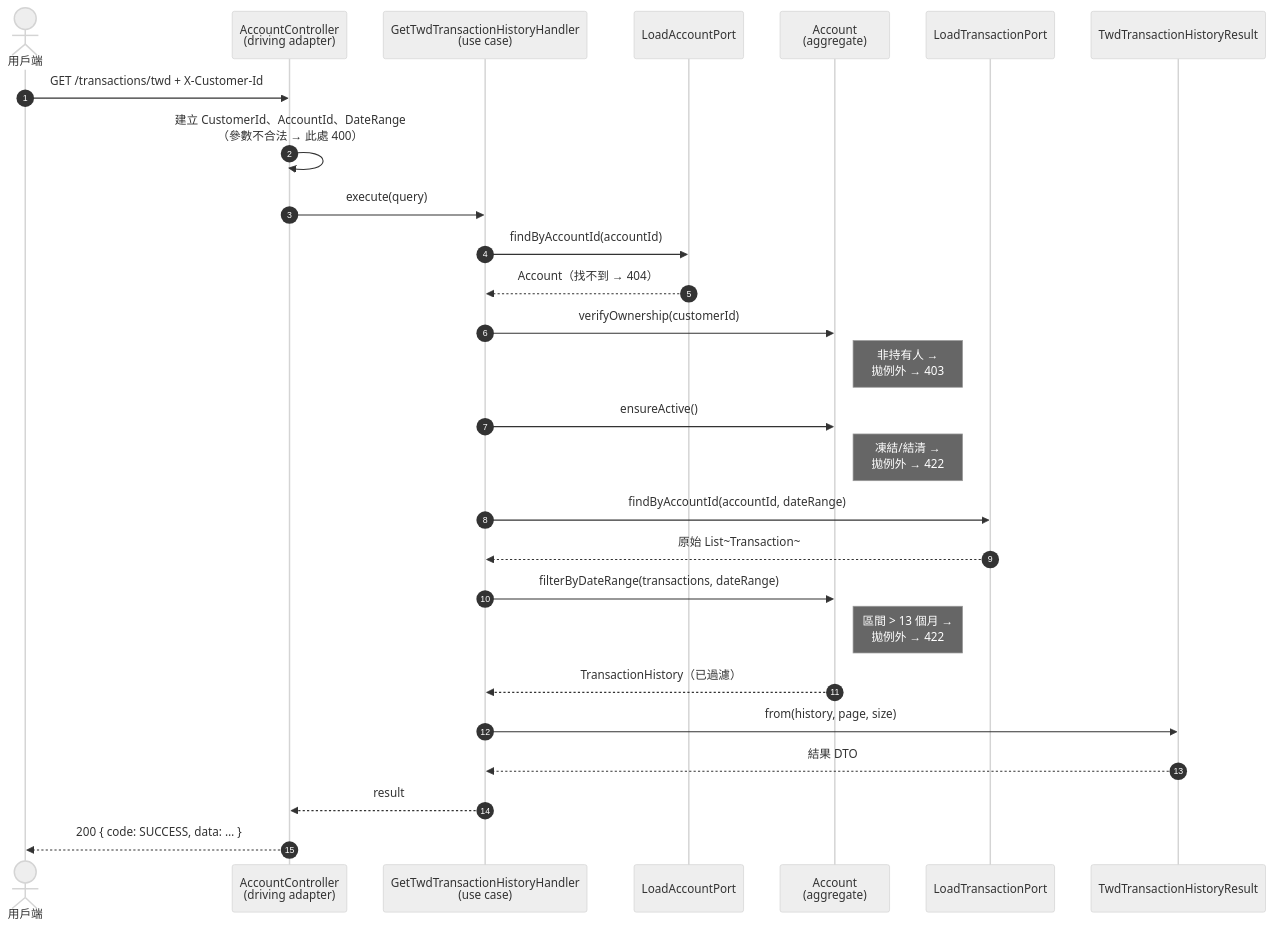
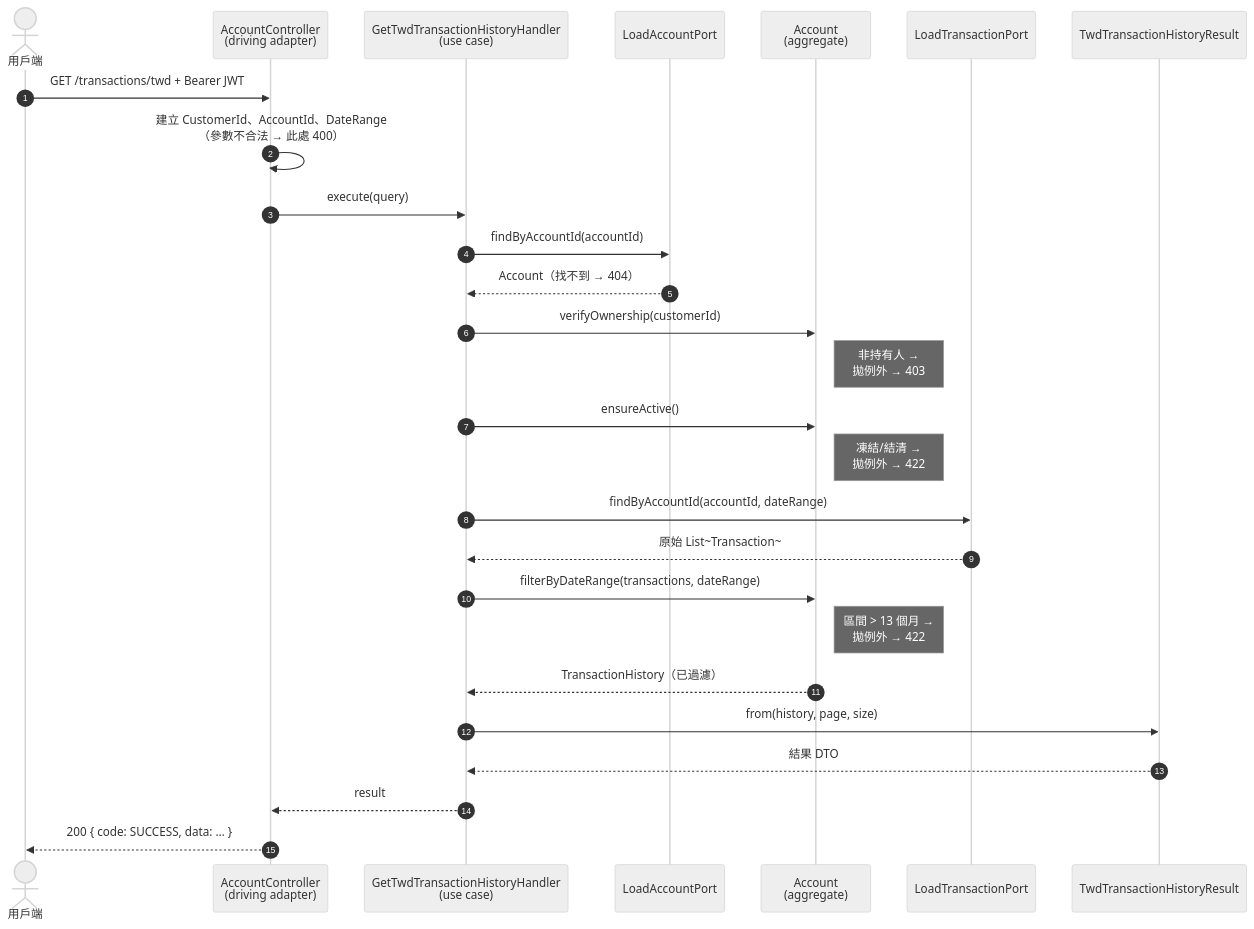
Before and after one commit to ChunPingWang/spring-boot-ddd-hexagonal-cqrs-tutorial: the fourth of 7 diagrams in README.md, drawn with Mermaid (neutral theme). The commit also changed other lines of this file and 10 other files, not shown here.

````diff
--- a/README.md
+++ b/README.md
@@ -284,35 +296,35 @@
 ```mermaid
 sequenceDiagram
     autonumber
     actor Client as 用戶端
     participant C as AccountController<br/>(driving adapter)
     participant UC as GetTwdTransactionHistoryHandler<br/>(use case)
     participant AP as LoadAccountPort
     participant A as Account<br/>(aggregate)
     participant TP as LoadTransactionPort
     participant R as TwdTransactionHistoryResult
 
-    Client->>C: GET /transactions/twd + X-Customer-Id
+    Client->>C: GET /transactions/twd + Bearer JWT
     C->>C: 建立 CustomerId、AccountId、DateRange<br/>（參數不合法 → 此處 400）
     C->>UC: execute(query)
 
     UC->>AP: findByAccountId(accountId)
     AP-->>UC: Account（找不到 → 404）
 
     UC->>A: verifyOwnership(customerId)
     Note right of A: 非持有人 →<br/>拋例外 → 403
     UC->>A: ensureActive()
     Note right of A: 凍結/結清 →<br/>拋例外 → 422
 
     UC->>TP: findByAccountId(accountId, dateRange)
     TP-->>UC: 原始 List~Transaction~
 
     UC->>A: filterByDateRange(transactions, dateRange)
     Note right of A: 區間 > 13 個月 →<br/>拋例外 → 422
     A-->>UC: TransactionHistory（已過濾）
 
     UC->>R: from(history, page, size)
     R-->>UC: 結果 DTO
     UC-->>C: result
     C-->>Client: 200 { code: SUCCESS, data: … }
 ```
````
